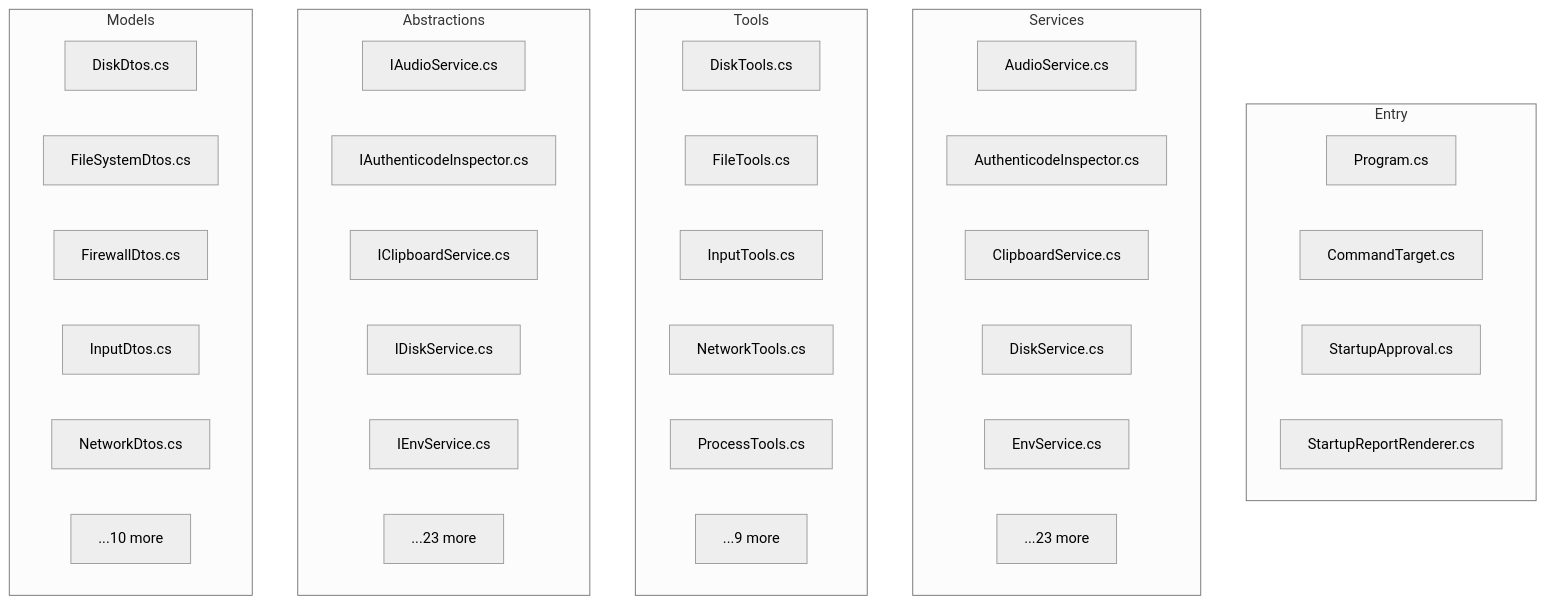
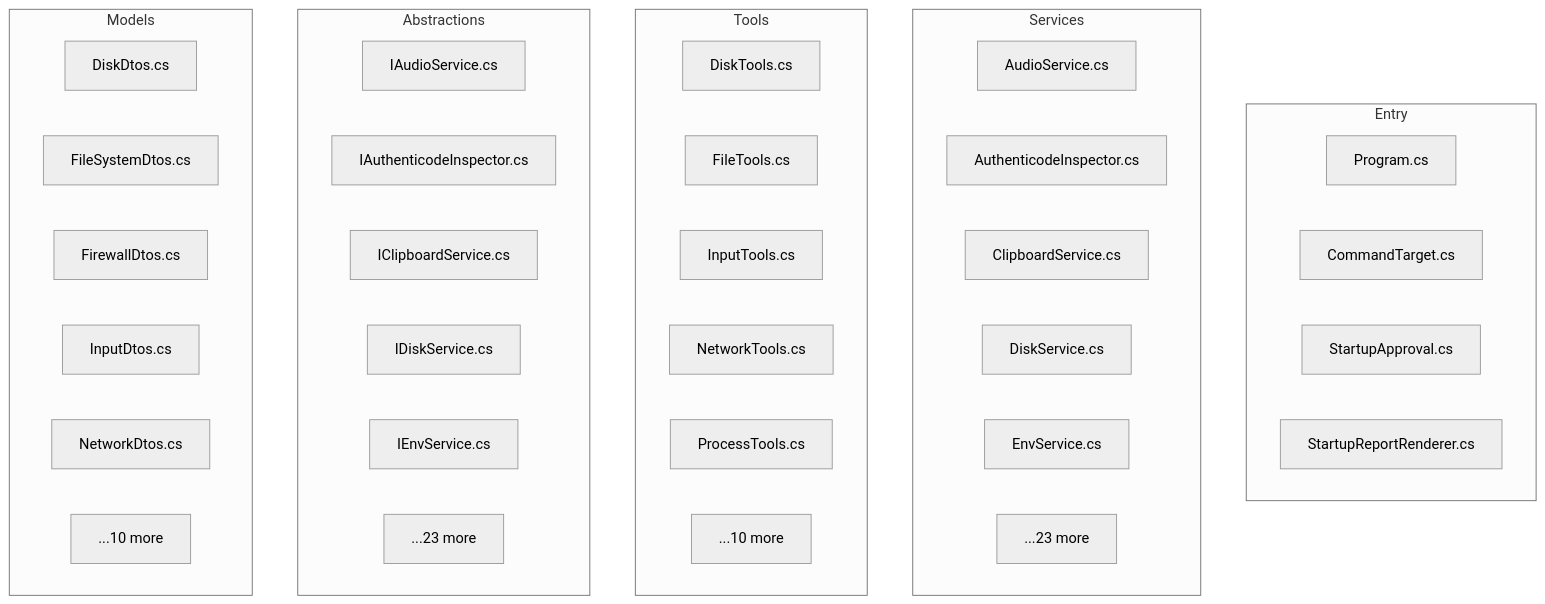
The diagram in docs/architecture/DEPENDENCY_GRAPH.md (Steven23456/Windows-mcp), drawn with Mermaid (neutral theme) before and after one commit. The commit also changed other lines of this file and 16 other files, not shown here.

````diff
--- a/docs/architecture/DEPENDENCY_GRAPH.md
+++ b/docs/architecture/DEPENDENCY_GRAPH.md
@@ -1396,46 +1419,46 @@
 ```mermaid
 graph TD
     subgraph Entry
         N0[Program.cs]
         N1[CommandTarget.cs]
         N2[StartupApproval.cs]
         N3[StartupReportRenderer.cs]
     end
 
     subgraph Services
         N4[AudioService.cs]
         N5[AuthenticodeInspector.cs]
         N6[ClipboardService.cs]
         N7[DiskService.cs]
         N8[EnvService.cs]
         N9[...23 more]
     end
 
     subgraph Tools
         N10[DiskTools.cs]
         N11[FileTools.cs]
         N12[InputTools.cs]
         N13[NetworkTools.cs]
         N14[ProcessTools.cs]
-        N15[...9 more]
+        N15[...10 more]
     end
 
     subgraph Abstractions
         N16[IAudioService.cs]
         N17[IAuthenticodeInspector.cs]
         N18[IClipboardService.cs]
         N19[IDiskService.cs]
         N20[IEnvService.cs]
         N21[...23 more]
     end
 
     subgraph Models
         N22[DiskDtos.cs]
         N23[FileSystemDtos.cs]
         N24[FirewallDtos.cs]
         N25[InputDtos.cs]
         N26[NetworkDtos.cs]
         N27[...10 more]
     end
 
 ```
````
